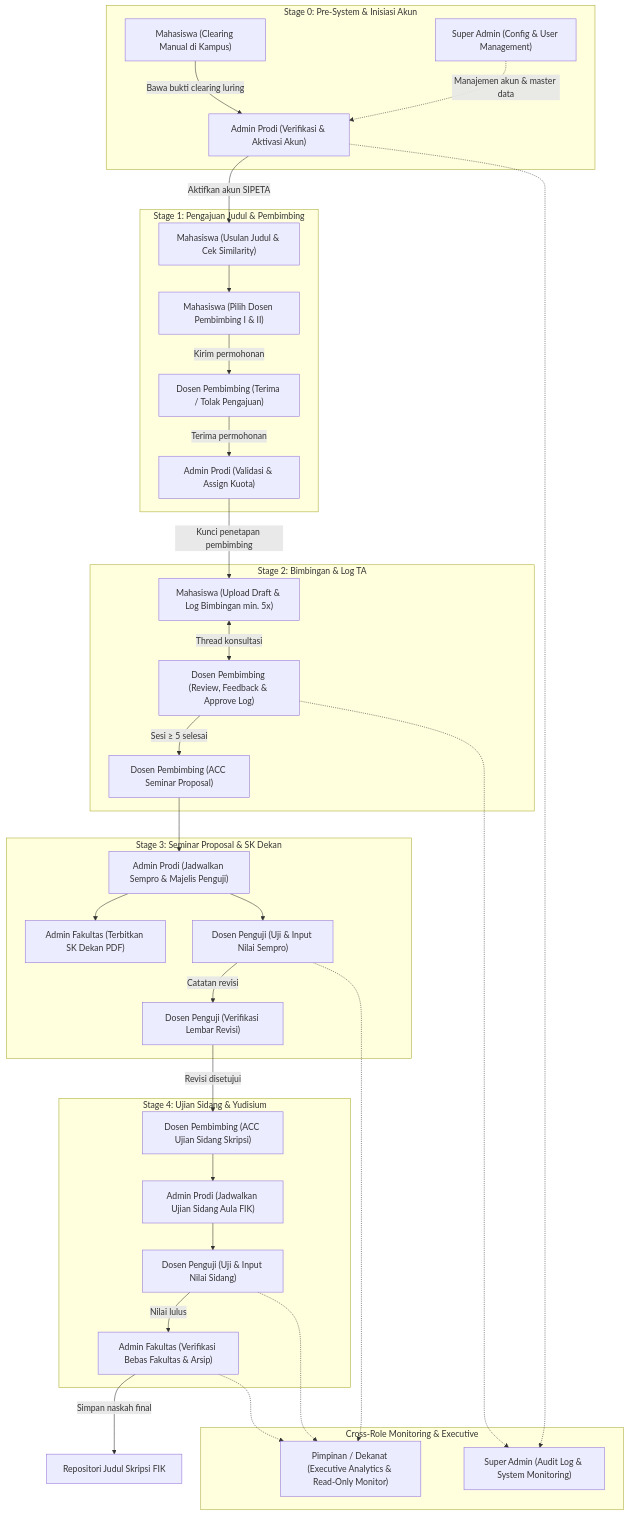
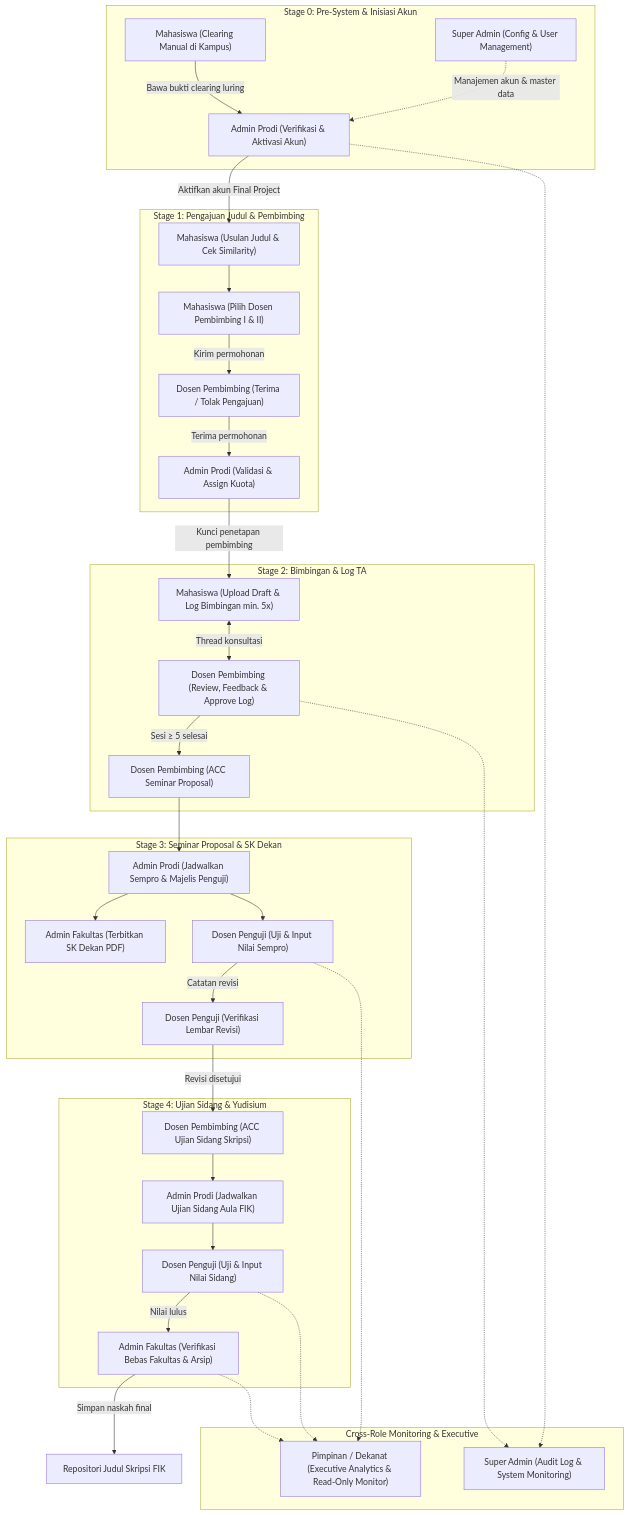
Before and after one commit to DanuZen/isi-final-project: the diagram in docs/ARCHITECTURE_AND_WORKFLOWS.md, drawn with Mermaid. The commit also changed other lines of this file and 12 other files, not shown here.

Commit message:
docs: update all documentation to PT MBOIS Final Project design system and branding

````diff
--- a/docs/ARCHITECTURE_AND_WORKFLOWS.md
+++ b/docs/ARCHITECTURE_AND_WORKFLOWS.md
@@ -103,71 +103,71 @@
 ```mermaid
 flowchart TD
     subgraph STAGE0 ["Stage 0: Pre-System & Inisiasi Akun"]
         MHS_OFFLINE["Mahasiswa (Clearing Manual di Kampus)"]
         AP_AKTIVASI["Admin Prodi (Verifikasi & Aktivasi Akun)"]
         SA_CONFIG["Super Admin (Config & User Management)"]
     end
 
     subgraph STAGE1 ["Stage 1: Pengajuan Judul & Pembimbing"]
         MHS_PROP["Mahasiswa (Usulan Judul & Cek Similarity)"]
         MHS_DOS["Mahasiswa (Pilih Dosen Pembimbing I & II)"]
         DOS_PENG["Dosen Pembimbing (Terima / Tolak Pengajuan)"]
         AP_ASSIGN["Admin Prodi (Validasi & Assign Kuota)"]
     end
 
     subgraph STAGE2 ["Stage 2: Bimbingan & Log TA"]
         MHS_BIMB["Mahasiswa (Upload Draft & Log Bimbingan min. 5x)"]
         DOS_BIMB["Dosen Pembimbing (Review, Feedback & Approve Log)"]
         DOS_ACC1["Dosen Pembimbing (ACC Seminar Proposal)"]
     end
 
     subgraph STAGE3 ["Stage 3: Seminar Proposal & SK Dekan"]
         AP_JADWAL1["Admin Prodi (Jadwalkan Sempro & Majelis Penguji)"]
         AF_SK["Admin Fakultas (Terbitkan SK Dekan PDF)"]
         PENG_NILAI1["Dosen Penguji (Uji & Input Nilai Sempro)"]
         PENG_REV1["Dosen Penguji (Verifikasi Lembar Revisi)"]
     end
 
     subgraph STAGE4 ["Stage 4: Ujian Sidang & Yudisium"]
         DOS_ACC2["Dosen Pembimbing (ACC Ujian Sidang Skripsi)"]
         AP_JADWAL2["Admin Prodi (Jadwalkan Ujian Sidang Aula FIK)"]
         PENG_NILAI2["Dosen Penguji (Uji & Input Nilai Sidang)"]
         AF_BEBAS["Admin Fakultas (Verifikasi Bebas Fakultas & Arsip)"]
     end
 
     subgraph MONITORING ["Cross-Role Monitoring & Executive"]
         DEKAN["Pimpinan / Dekanat (Executive Analytics & Read-Only Monitor)"]
         SA_AUDIT["Super Admin (Audit Log & System Monitoring)"]
     end
 
     %% Flow connections
     MHS_OFFLINE -->|Bawa bukti clearing luring| AP_AKTIVASI
     SA_CONFIG -.->|Manajemen akun & master data| AP_AKTIVASI
-    AP_AKTIVASI -->|Aktifkan akun SIPETA| MHS_PROP
+    AP_AKTIVASI -->|Aktifkan akun Final Project| MHS_PROP
 
     MHS_PROP --> MHS_DOS
     MHS_DOS -->|Kirim permohonan| DOS_PENG
     DOS_PENG -->|Terima permohonan| AP_ASSIGN
     AP_ASSIGN -->|Kunci penetapan pembimbing| MHS_BIMB
 
     MHS_BIMB <-->|Thread konsultasi| DOS_BIMB
     DOS_BIMB -->|Sesi ≥ 5 selesai| DOS_ACC1
     DOS_ACC1 --> AP_JADWAL1
 
     AP_JADWAL1 --> AF_SK
     AP_JADWAL1 --> PENG_NILAI1
     PENG_NILAI1 -->|Catatan revisi| PENG_REV1
     PENG_REV1 -->|Revisi disetujui| DOS_ACC2
 
     DOS_ACC2 --> AP_JADWAL2
     AP_JADWAL2 --> PENG_NILAI2
     PENG_NILAI2 -->|Nilai lulus| AF_BEBAS
     AF_BEBAS -->|Simpan naskah final| REPO["Repositori Judul Skripsi FIK"]
 
     %% Monitoring connections
     PENG_NILAI1 -.-> DEKAN
     PENG_NILAI2 -.-> DEKAN
     AF_BEBAS -.-> DEKAN
     AP_AKTIVASI -.-> SA_AUDIT
     DOS_BIMB -.-> SA_AUDIT
 ```
````
